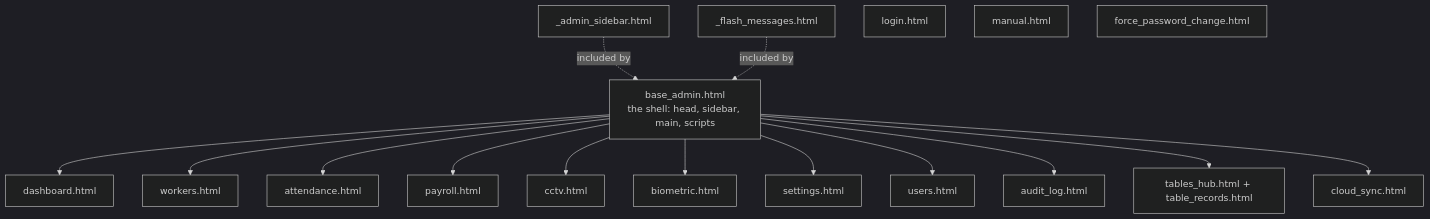
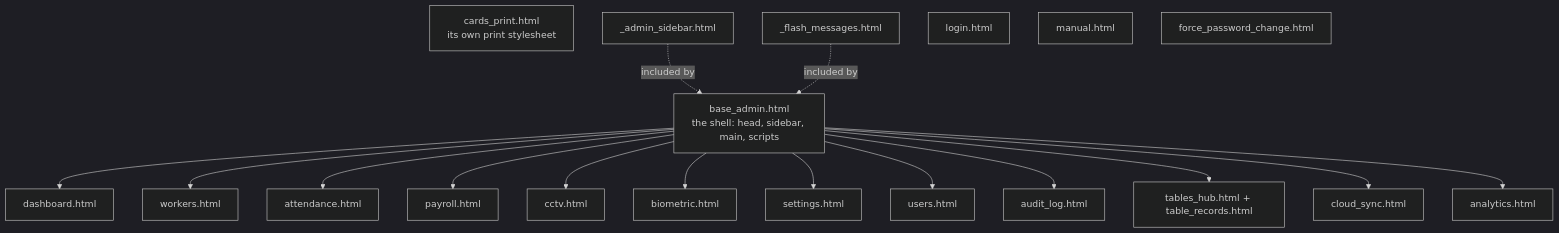
Before and after one commit to TBS5596/Farm-Worker-Management-System: the diagram in wiki/modules/frontend.md, drawn with Mermaid (dark theme). The commit also changed other lines of this file and 66 other files, not shown here.

First line of the commit message:
Add worker identity cards, Analytics, and offline-first assets

````diff
--- a/wiki/modules/frontend.md
+++ b/wiki/modules/frontend.md
@@ -21,22 +21,25 @@
 ```mermaid
 flowchart TD
     BASE["base_admin.html<br/>the shell: head, sidebar, main, scripts"]
     BASE --> D["dashboard.html"]
     BASE --> W["workers.html"]
     BASE --> A["attendance.html"]
     BASE --> P["payroll.html"]
     BASE --> C["cctv.html"]
     BASE --> B["biometric.html"]
     BASE --> S["settings.html"]
     BASE --> U["users.html"]
     BASE --> AL["audit_log.html"]
     BASE --> TH["tables_hub.html + table_records.html"]
     BASE --> CS["cloud_sync.html"]
+    BASE --> AN["analytics.html"]
+
+    CARDS["cards_print.html<br/>its own print stylesheet"]
 
     SIDE["_admin_sidebar.html"] -.included by.-> BASE
     FLASH["_flash_messages.html"] -.included by.-> BASE
 
     LOGIN["login.html"]
     MANUAL["manual.html"]
     FORCE["force_password_change.html"]
 ```
````
